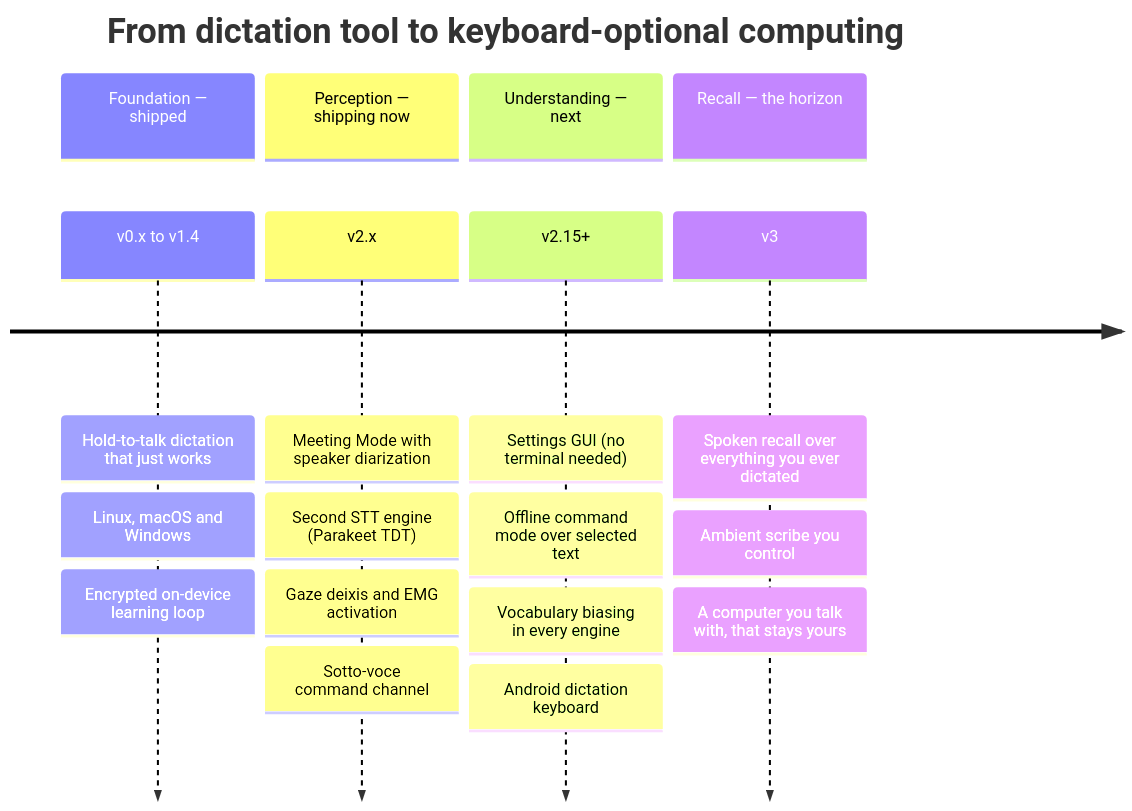
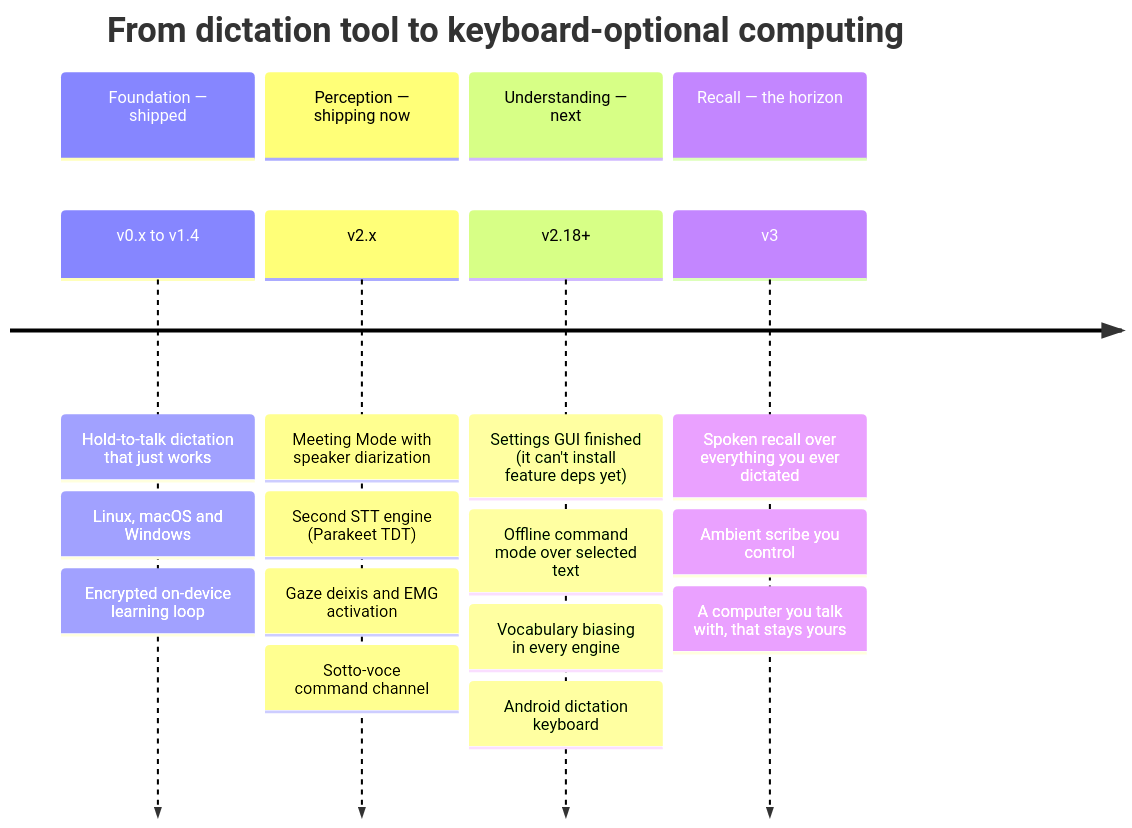
One commit to MSKazemi/yazses changed the second of 3 diagrams in docs/roadmap.md. Above: the diagram before and after it, drawn with Mermaid. The commit also changed other lines of this file, not shown here.

Commit message:
docs(roadmap): the version history disagreed with the tags
The shipped table ran ascending to v2.14.0, then jumped to v2.17.0 and back
down through v2.16.0 to v2.15.0 — so the newest release was buried mid-table
while an older one closed the page. v2.12.1 was missing from it entirely,
despite being a real tag with its own changelog section.

The era timeline still pointed "Understanding — next" at v2.15+, which four
shipped releases have since overtaken, and listed the Settings GUI as unbuilt
after `yazses settings` shipped in v2.16.0. Milestone 5 is genuinely still
open, so that entry now says what is left rather than pretending nothing exists.

Verified: the eight v2 rows match `git tag` exactly and in order.

````diff
--- a/docs/roadmap.md
+++ b/docs/roadmap.md
@@ -61,12 +61,12 @@
 ```mermaid
 timeline
     title From dictation tool to keyboard-optional computing
     section Foundation — shipped
         v0.x to v1.4 : Hold-to-talk dictation that just works : Linux, macOS and Windows : Encrypted on-device learning loop
     section Perception — shipping now
         v2.x : Meeting Mode with speaker diarization : Second STT engine (Parakeet TDT) : Gaze deixis and EMG activation : Sotto-voce command channel
     section Understanding — next
-        v2.15+ : Settings GUI (no terminal needed) : Offline command mode over selected text : Vocabulary biasing in every engine : Android dictation keyboard
+        v2.18+ : Settings GUI finished (it can't install feature deps yet) : Offline command mode over selected text : Vocabulary biasing in every engine : Android dictation keyboard
     section Recall — the horizon
         v3 : Spoken recall over everything you ever dictated : Ambient scribe you control : A computer you talk with, that stays yours
 ```
````
